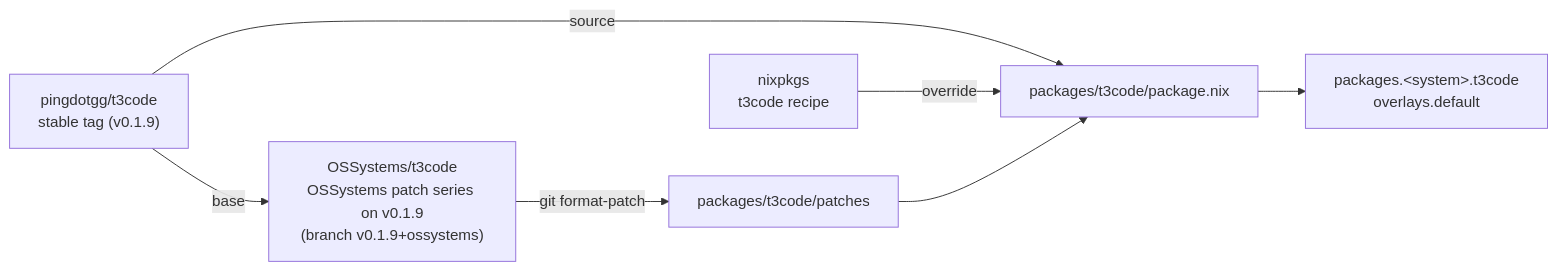
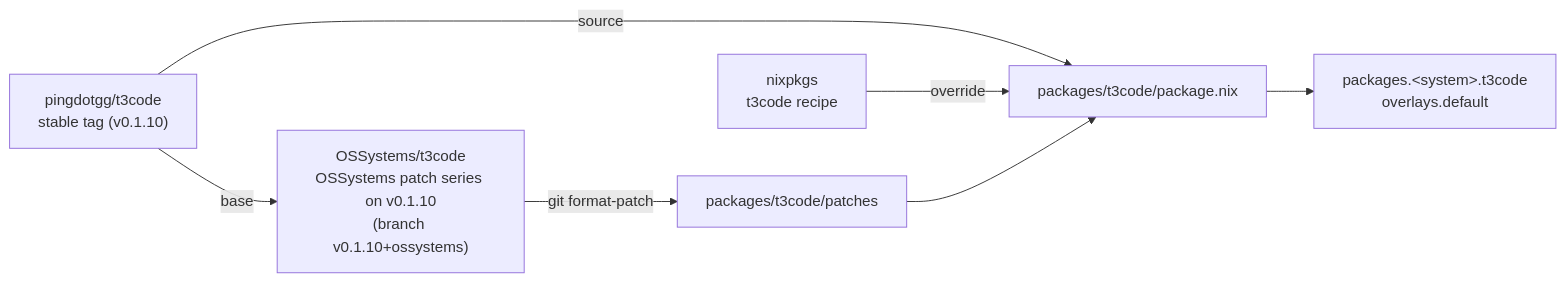
One commit to OSSystems/t3code-nix changed the first of 2 diagrams in README.md. Above: the diagram before and after it, drawn with Mermaid. The commit also changed 17 other files, not shown here.

````diff
--- a/README.md
+++ b/README.md
@@ -15,16 +15,16 @@
 ```mermaid
 flowchart LR
-  upstream["pingdotgg/t3code<br/>stable tag (v0.1.9)"]
-  fork["OSSystems/t3code<br/>OSSystems patch series on v0.1.9<br/>(branch v0.1.9+ossystems)"]
+  upstream["pingdotgg/t3code<br/>stable tag (v0.1.10)"]
+  fork["OSSystems/t3code<br/>OSSystems patch series on v0.1.10<br/>(branch v0.1.10+ossystems)"]
   recipe["nixpkgs<br/>t3code recipe"]
   patches["packages/t3code/patches"]
   pkg["packages/t3code/package.nix"]
   out["packages.&lt;system&gt;.t3code<br/>overlays.default"]
 
   upstream -- "base" --> fork
   fork -- "git format-patch" --> patches
   upstream -- "source" --> pkg
   recipe -- "override" --> pkg
   patches --> pkg
   pkg --> out
 ```
````
